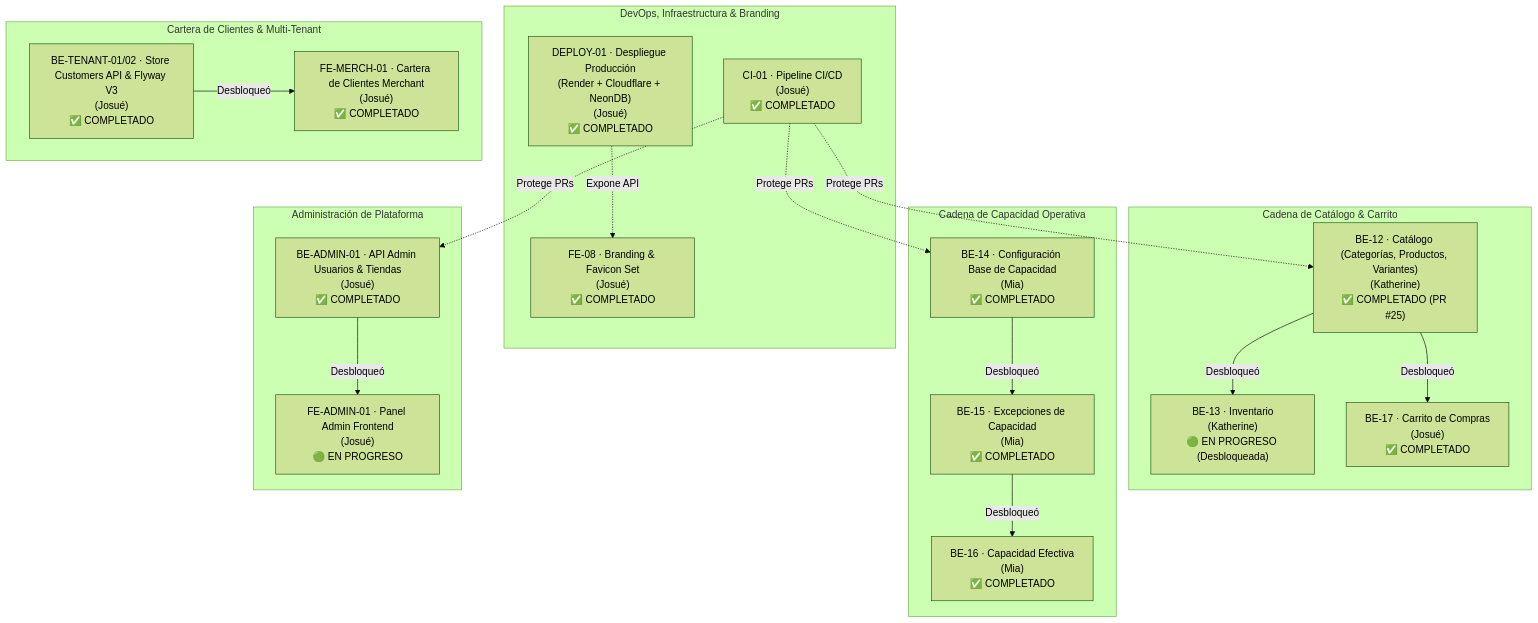
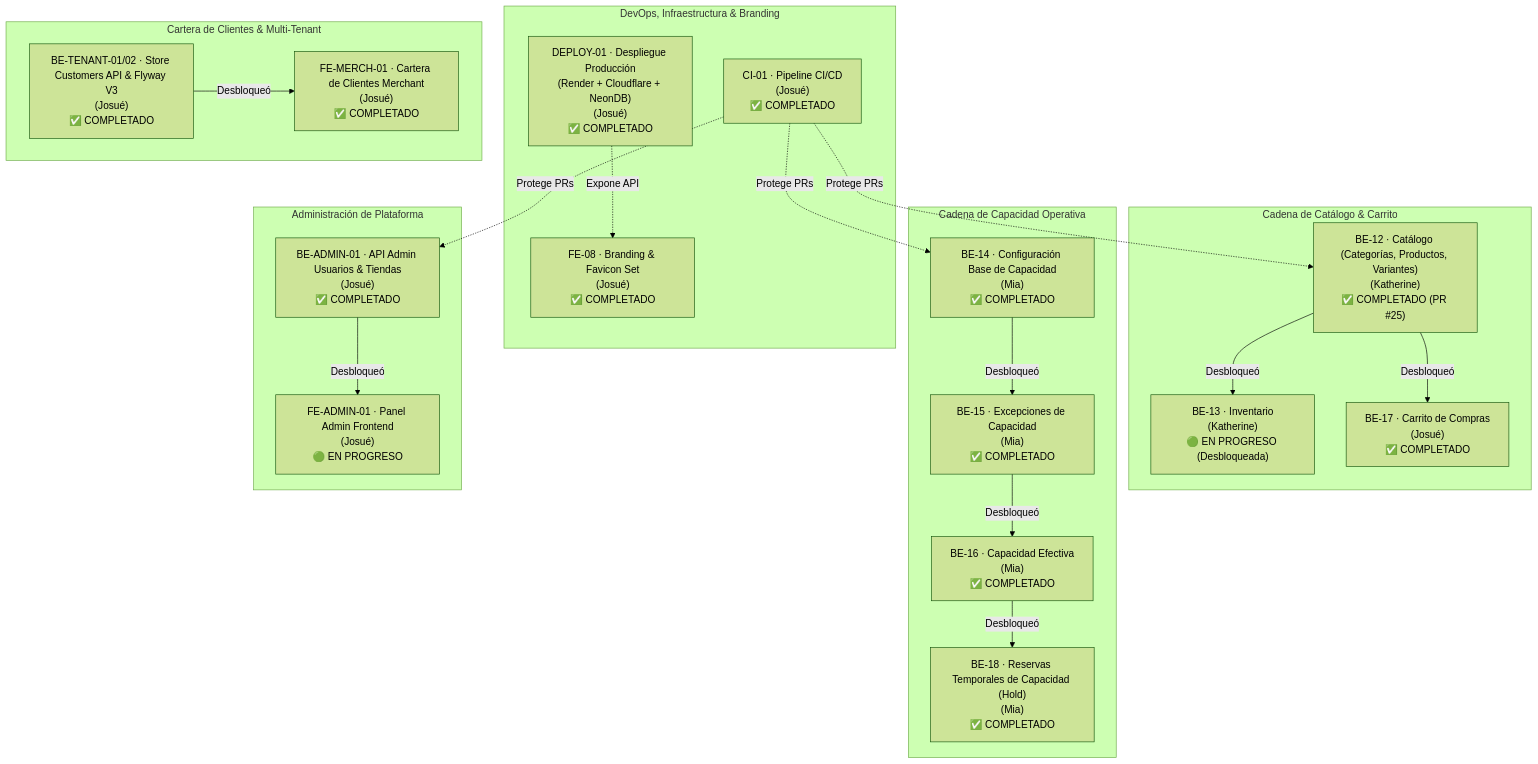
Before and after one commit to iJosueeh/jaldishop: the first of 2 diagrams in docs/06-scrum/sprint-03.md, drawn with Mermaid (forest theme). The commit also changed other lines of this file and 34 other files, not shown here.

````diff
--- a/docs/06-scrum/sprint-03.md
+++ b/docs/06-scrum/sprint-03.md
@@ -27,41 +27,43 @@
 ```mermaid
 flowchart TD
     subgraph DEVOPS["DevOps, Infraestructura & Branding"]
         CI01["CI-01 · Pipeline CI/CD<br/>(Josué)<br/>✅ COMPLETADO"]
         DEPLOY01["DEPLOY-01 · Despliegue Producción<br/>(Render + Cloudflare + NeonDB)<br/>(Josué)<br/>✅ COMPLETADO"]
         FE08["FE-08 · Branding & Favicon Set<br/>(Josué)<br/>✅ COMPLETADO"]
     end
 
     subgraph CATALOGO["Cadena de Catálogo & Carrito"]
         BE12["BE-12 · Catálogo (Categorías, Productos, Variantes)<br/>(Katherine)<br/>✅ COMPLETADO (PR #25)"]
         BE13["BE-13 · Inventario<br/>(Katherine)<br/>🟢 EN PROGRESO (Desbloqueada)"]
         BE17["BE-17 · Carrito de Compras<br/>(Josué)<br/>✅ COMPLETADO"]
         BE12 -->|Desbloqueó| BE13
         BE12 -->|Desbloqueó| BE17
     end
 
     subgraph CAPACIDAD["Cadena de Capacidad Operativa"]
         BE14["BE-14 · Configuración Base de Capacidad<br/>(Mia)<br/>✅ COMPLETADO"]
         BE15["BE-15 · Excepciones de Capacidad<br/>(Mia)<br/>✅ COMPLETADO"]
         BE16["BE-16 · Capacidad Efectiva<br/>(Mia)<br/>✅ COMPLETADO"]
+        BE18["BE-18 · Reservas Temporales de Capacidad (Hold)<br/>(Mia)<br/>✅ COMPLETADO"]
         BE14 -->|Desbloqueó| BE15
         BE15 -->|Desbloqueó| BE16
+        BE16 -->|Desbloqueó| BE18
     end
 
     subgraph TENANT_CUSTOMERS["Cartera de Clientes & Multi-Tenant"]
         BETENANT01["BE-TENANT-01/02 · Store Customers API & Flyway V3<br/>(Josué)<br/>✅ COMPLETADO"]
         FEMERCH01["FE-MERCH-01 · Cartera de Clientes Merchant<br/>(Josué)<br/>✅ COMPLETADO"]
         BETENANT01 -->|Desbloqueó| FEMERCH01
     end
 
     subgraph ADMIN["Administración de Plataforma"]
         BEADMIN01["BE-ADMIN-01 · API Admin Usuarios & Tiendas<br/>(Josué)<br/>✅ COMPLETADO"]
         FEADMIN01["FE-ADMIN-01 · Panel Admin Frontend<br/>(Josué)<br/>🟢 EN PROGRESO"]
         BEADMIN01 -->|Desbloqueó| FEADMIN01
     end
 
     CI01 -. Protege PRs .-> BE12
     CI01 -. Protege PRs .-> BE14
     CI01 -. Protege PRs .-> BEADMIN01
     DEPLOY01 -. Expone API .-> FE08
 ```
````
